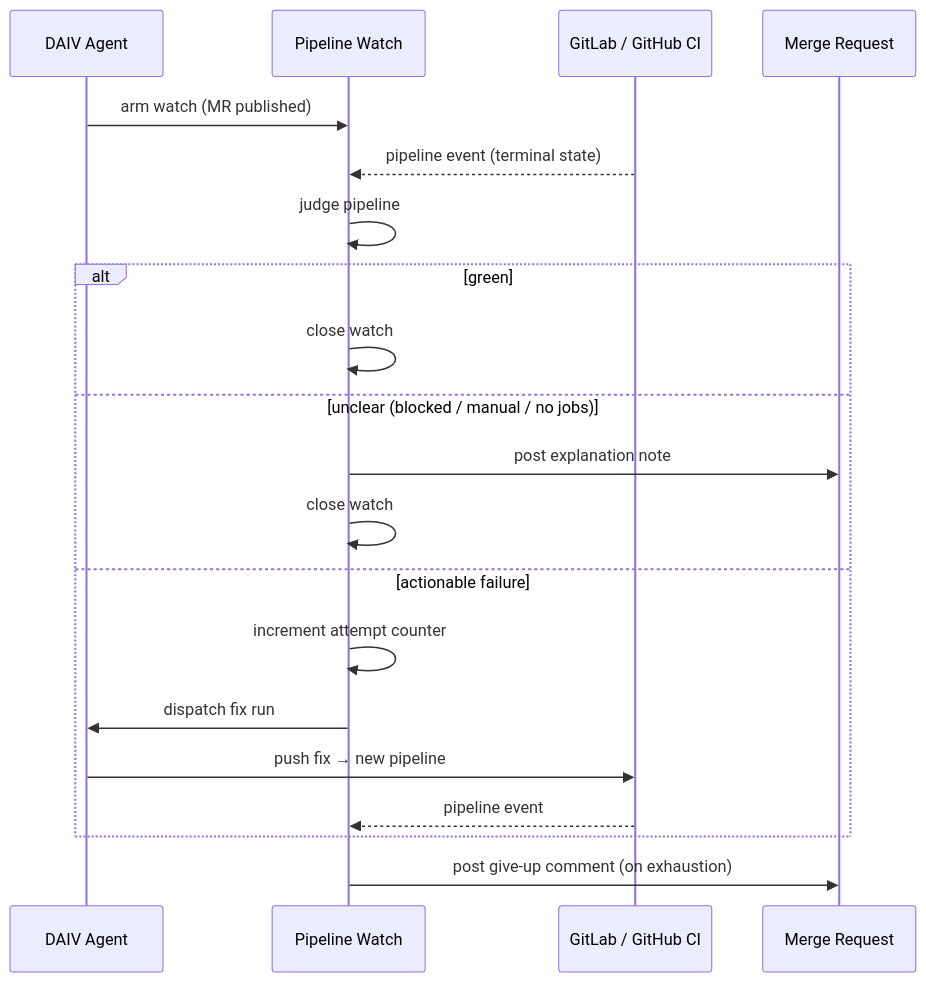
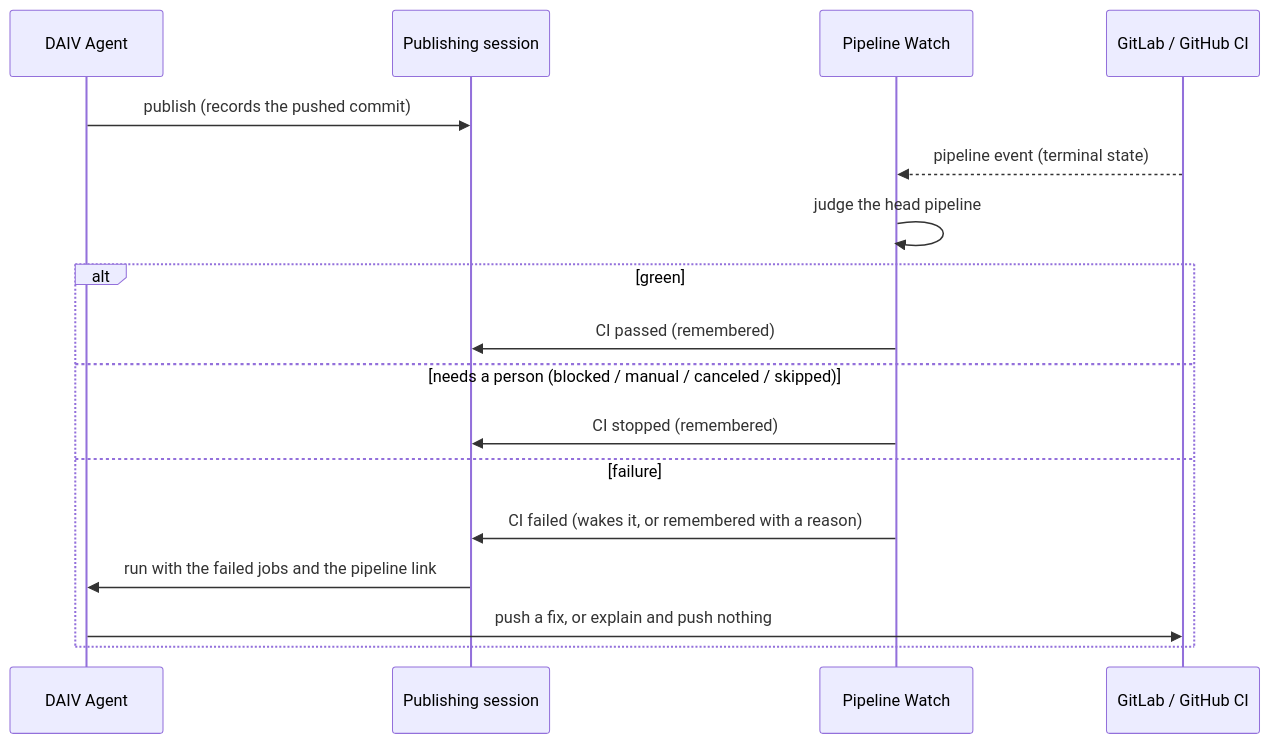
One commit to srtab/daiv changed the diagram in docs/features/pipeline-watch.md. Above: the diagram before and after it, drawn with Mermaid. The commit also changed other lines of this file and 69 other files, not shown here.

First line of the commit message:
feat(sessions): Handle CI in the session that published the merge request

````diff
--- a/docs/features/pipeline-watch.md
+++ b/docs/features/pipeline-watch.md
@@ -9,23 +9,20 @@
 ```mermaid
 sequenceDiagram
     participant Agent as DAIV Agent
+    participant Session as Publishing session
     participant Watch as Pipeline Watch
     participant CI as GitLab / GitHub CI
-    participant MR as Merge Request
 
-    Agent->>Watch: arm watch (MR published)
+    Agent->>Session: publish (records the pushed commit)
     CI-->>Watch: pipeline event (terminal state)
-    Watch->>Watch: judge pipeline
+    Watch->>Watch: judge the head pipeline
     alt green
-        Watch->>Watch: close watch
-    else unclear (blocked / manual / no jobs)
-        Watch->>MR: post explanation note
-        Watch->>Watch: close watch
-    else actionable failure
-        Watch->>Watch: increment attempt counter
-        Watch->>Agent: dispatch fix run
-        Agent->>CI: push fix → new pipeline
-        CI-->>Watch: pipeline event
+        Watch->>Session: CI passed (remembered)
+    else needs a person (blocked / manual / canceled / skipped)
+        Watch->>Session: CI stopped (remembered)
+    else failure
+        Watch->>Session: CI failed (wakes it, or remembered with a reason)
+        Session->>Agent: run with the failed jobs and the pipeline link
+        Agent->>CI: push a fix, or explain and push nothing
     end
-    Watch->>MR: post give-up comment (on exhaustion)
 ```
````
